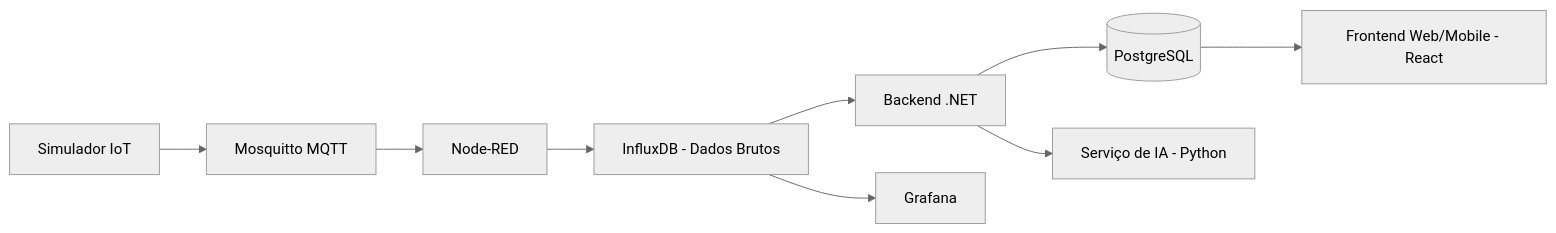
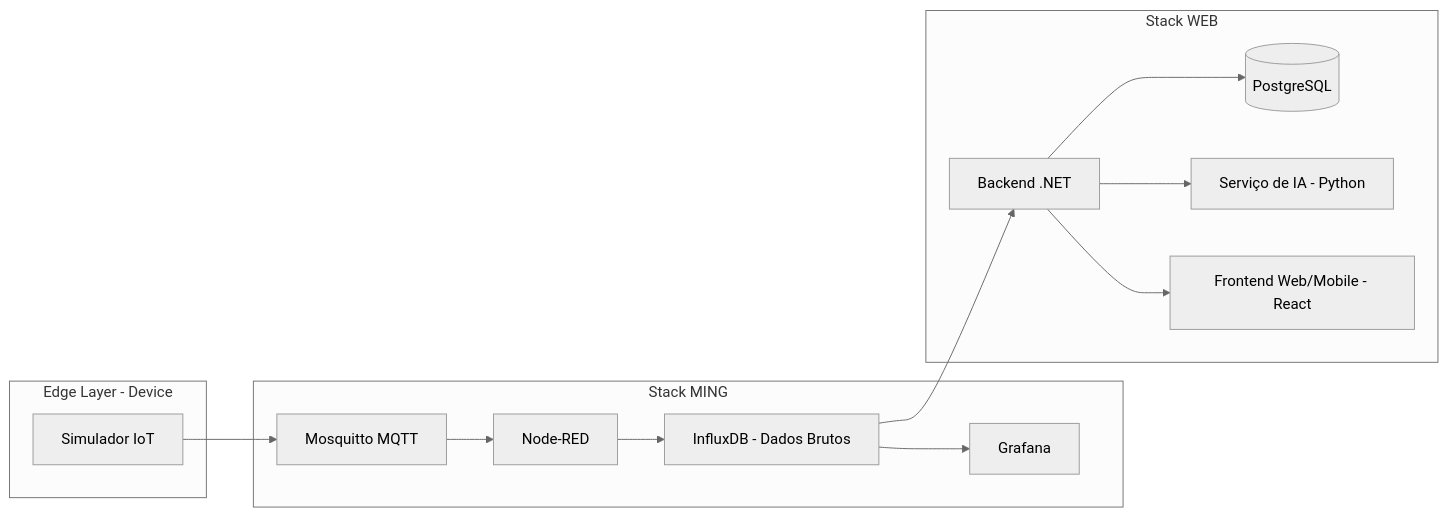
Before and after one commit to profAndreSouza/ACE: the diagram in README.md, drawn with Mermaid (neutral theme). The commit also changed other lines of this file, not shown here.

````diff
--- a/README.md
+++ b/README.md
@@ -20,23 +20,31 @@
 ```mermaid
 flowchart LR
 
-SIM[Simulador IoT]
-MQTT[Mosquitto MQTT]
+     subgraph Edge Layer - Device
+          SIM[Simulador IoT]
+     end
 
-NR[Node-RED]
-INF[InfluxDB - Dados Brutos]
+     subgraph Stack MING
+          MQTT[Mosquitto MQTT]
 
-WEBAPI[Backend .NET]
-PG[(PostgreSQL)]
+          NR[Node-RED]
+          INF[InfluxDB - Dados Brutos]
+          GRAF[Grafana]
 
-AI[Serviço de IA - Python]
+     end
 
-WEB[Frontend Web/Mobile - React]
+     subgraph Stack WEB
+          WEBAPI[Backend .NET]
+          PG[(PostgreSQL)]
 
-GRAF[Grafana]
+          AI[Serviço de IA - Python]
+
+          WEB[Frontend Web/Mobile - React]
+     end
 
 SIM --> MQTT --> NR --> INF --> GRAF
-INF --> WEBAPI --> PG --> WEB
+INF --> WEBAPI --> PG
+WEBAPI --> WEB
 
 WEBAPI --> AI
 ```
````
